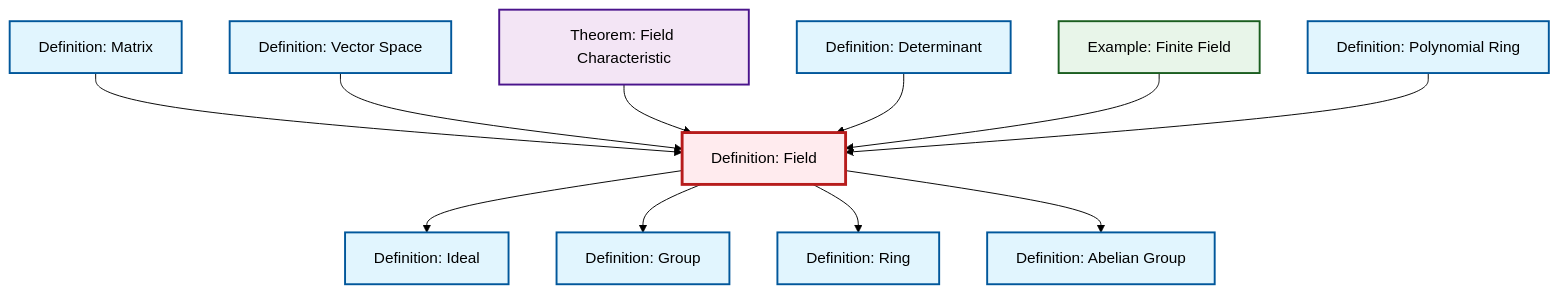
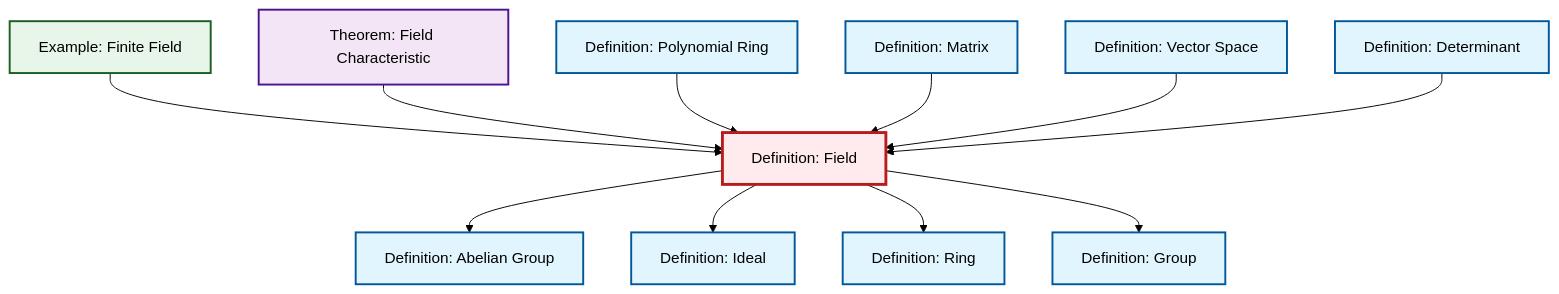
Before and after one commit to RK0429/ModernMath: the diagram in content/ja/algebra/def-field.qmd, drawn with Mermaid (forest theme). The commit also changed other lines of this file and 581 other files, not shown here.

````diff
--- a/content/ja/algebra/def-field.qmd
+++ b/content/ja/algebra/def-field.qmd
@@ -58,41 +58,41 @@
 ```{mermaid}
 %%| fig-cap: "Local dependency graph"
 graph TD
     classDef definition fill:#e1f5fe,stroke:#01579b,stroke-width:2px
     classDef theorem fill:#f3e5f5,stroke:#4a148c,stroke-width:2px
     classDef axiom fill:#fff3e0,stroke:#e65100,stroke-width:2px
     classDef example fill:#e8f5e9,stroke:#1b5e20,stroke-width:2px
     classDef current fill:#ffebee,stroke:#b71c1c,stroke-width:3px
+    def-vector-space["Definition: Vector Space"]:::definition
+    def-matrix["Definition: Matrix"]:::definition
+    def-ring["Definition: Ring"]:::definition
+    def-determinant["Definition: Determinant"]:::definition
+    ex-finite-field["Example: Finite Field"]:::example
+    def-polynomial-ring["Definition: Polynomial Ring"]:::definition
+    def-ideal["Definition: Ideal"]:::definition
+    def-abelian-group["Definition: Abelian Group"]:::definition
+    def-group["Definition: Group"]:::definition
+    thm-field-characteristic["Theorem: Field Characteristic"]:::theorem
     def-field["Definition: Field"]:::definition
-    def-ring["Definition: Ring"]:::definition
-    ex-finite-field["Example: Finite Field"]:::example
-    def-vector-space["Definition: Vector Space"]:::definition
-    def-ideal["Definition: Ideal"]:::definition
-    thm-field-characteristic["Theorem: Field Characteristic"]:::theorem
-    def-abelian-group["Definition: Abelian Group"]:::definition
-    def-polynomial-ring["Definition: Polynomial Ring"]:::definition
-    def-group["Definition: Group"]:::definition
-    def-matrix["Definition: Matrix"]:::definition
-    def-determinant["Definition: Determinant"]:::definition
+    def-field --> def-abelian-group
+    ex-finite-field --> def-field
+    thm-field-characteristic --> def-field
+    def-polynomial-ring --> def-field
+    def-field --> def-ideal
     def-matrix --> def-field
     def-vector-space --> def-field
-    thm-field-characteristic --> def-field
     def-determinant --> def-field
-    def-field --> def-ideal
+    def-field --> def-ring
     def-field --> def-group
-    ex-finite-field --> def-field
-    def-field --> def-ring
-    def-field --> def-abelian-group
-    def-polynomial-ring --> def-field
     class def-field current
+    click def-vector-space "def-vector-space.html" "Definition: Vector Spaceへ"
+    click def-matrix "def-matrix.html" "Definition: Matrixへ"
     click def-ring "def-ring.html" "Definition: Ringへ"
+    click def-determinant "def-determinant.html" "Definition: Determinantへ"
     click ex-finite-field "ex-finite-field.html" "Example: Finite Fieldへ"
-    click def-vector-space "def-vector-space.html" "Definition: Vector Spaceへ"
+    click def-polynomial-ring "def-polynomial-ring.html" "Definition: Polynomial Ringへ"
     click def-ideal "def-ideal.html" "Definition: Idealへ"
+    click def-abelian-group "def-abelian-group.html" "Definition: Abelian Groupへ"
+    click def-group "def-group.html" "Definition: Groupへ"
     click thm-field-characteristic "thm-field-characteristic.html" "Theorem: Field Characteristicへ"
-    click def-abelian-group "def-abelian-group.html" "Definition: Abelian Groupへ"
-    click def-polynomial-ring "def-polynomial-ring.html" "Definition: Polynomial Ringへ"
-    click def-group "def-group.html" "Definition: Groupへ"
-    click def-matrix "def-matrix.html" "Definition: Matrixへ"
-    click def-determinant "def-determinant.html" "Definition: Determinantへ"
 ```
````
